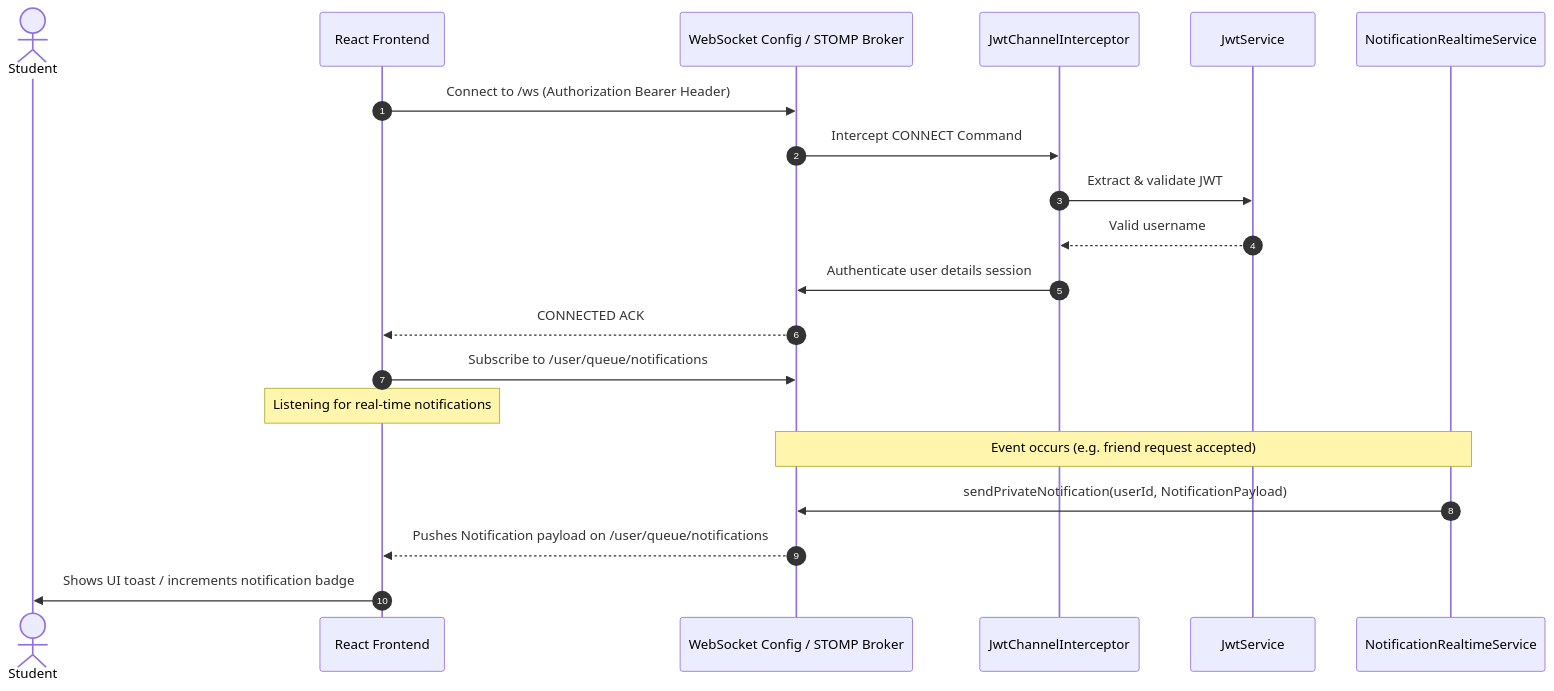
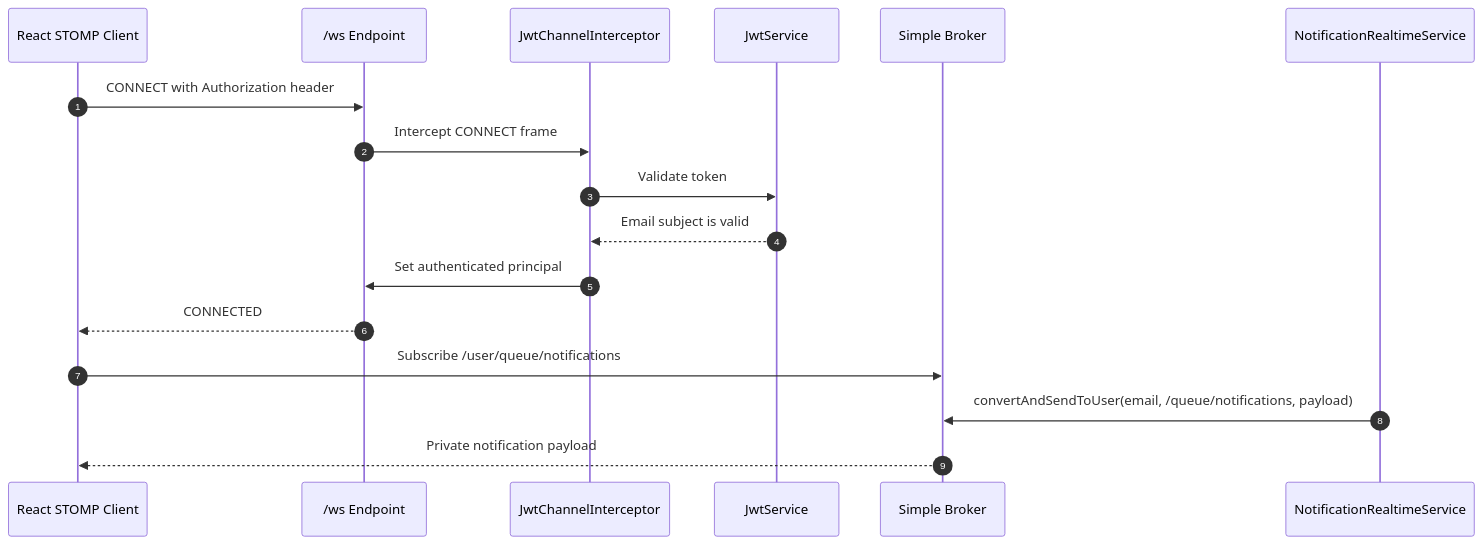
One commit to Risspecct/LifeOS changed the sixth of 7 diagrams in docs/architecture.md. Above: the diagram before and after it, drawn with Mermaid. The commit also changed other lines of this file and 13 other files, not shown here.

````diff
--- a/docs/architecture.md
+++ b/docs/architecture.md
@@ -113,23 +147,20 @@
 ```mermaid
 sequenceDiagram
     autonumber
-    actor User as Student
-    participant FE as React Frontend
-    participant WS as WebSocket Config / STOMP Broker
+    participant FE as React STOMP Client
+    participant WS as /ws Endpoint
     participant Interceptor as JwtChannelInterceptor
-    participant JwtS as JwtService
-    participant Realtime as NotificationRealtimeService
+    participant JWT as JwtService
+    participant Broker as Simple Broker
+    participant Service as NotificationRealtimeService
 
-    FE->>WS: Connect to /ws (Authorization Bearer Header)
-    WS->>Interceptor: Intercept CONNECT Command
-    Interceptor->>JwtS: Extract & validate JWT
-    JwtS-->>Interceptor: Valid username
-    Interceptor->>WS: Authenticate user details session
-    WS-->>FE: CONNECTED ACK
-    FE->>WS: Subscribe to /user/queue/notifications
-    Note over FE: Listening for real-time notifications
-    Note over Realtime, WS: Event occurs (e.g. friend request accepted)
-    Realtime->>WS: sendPrivateNotification(userId, NotificationPayload)
-    WS-->>FE: Pushes Notification payload on /user/queue/notifications
-    FE->>User: Shows UI toast / increments notification badge
+    FE->>WS: CONNECT with Authorization header
+    WS->>Interceptor: Intercept CONNECT frame
+    Interceptor->>JWT: Validate token
+    JWT-->>Interceptor: Email subject is valid
+    Interceptor->>WS: Set authenticated principal
+    WS-->>FE: CONNECTED
+    FE->>Broker: Subscribe /user/queue/notifications
+    Service->>Broker: convertAndSendToUser(email, /queue/notifications, payload)
+    Broker-->>FE: Private notification payload
 ```
````
